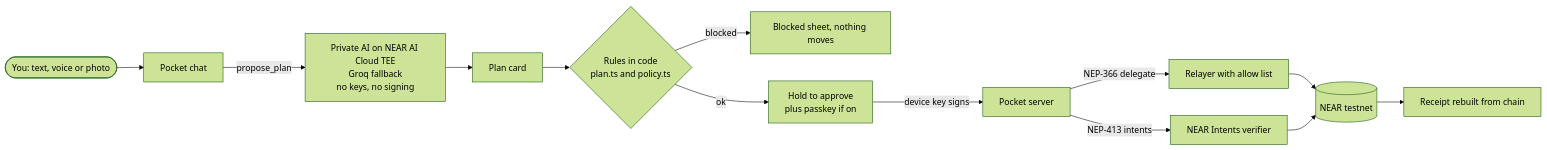
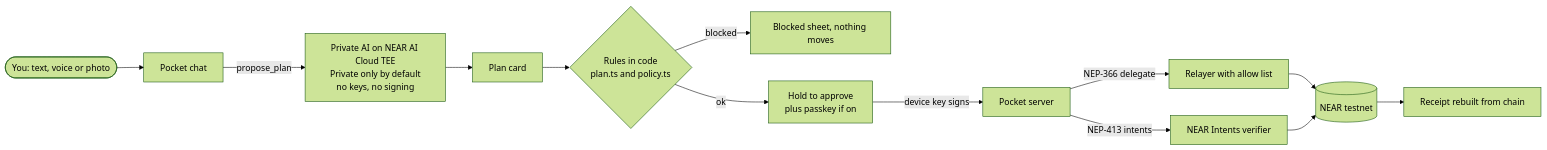
Before and after one commit to henrysammarfo/pocket: the first of 3 diagrams in README.md, drawn with Mermaid (forest theme). The commit also changed other lines of this file and 4 other files, not shown here.

````diff
--- a/README.md
+++ b/README.md
@@ -126,15 +126,15 @@
 ```mermaid
 flowchart LR
   U([You: text, voice or photo]) --> C[Pocket chat]
-  C -->|propose_plan| AI[Private AI on NEAR AI Cloud TEE<br/>Groq fallback<br/>no keys, no signing]
+  C -->|propose_plan| AI[Private AI on NEAR AI Cloud TEE<br/>Private only by default<br/>no keys, no signing]
   AI --> P[Plan card]
   P --> R{Rules in code<br/>plan.ts and policy.ts}
   R -->|blocked| B[Blocked sheet, nothing moves]
   R -->|ok| H[Hold to approve<br/>plus passkey if on]
   H -->|device key signs| S[Pocket server]
   S -->|NEP-366 delegate| RL[Relayer with allow list]
   S -->|NEP-413 intents| V[NEAR Intents verifier]
   RL --> N[(NEAR testnet)]
   V --> N
   N --> RC[Receipt rebuilt from chain]
 ```
````
